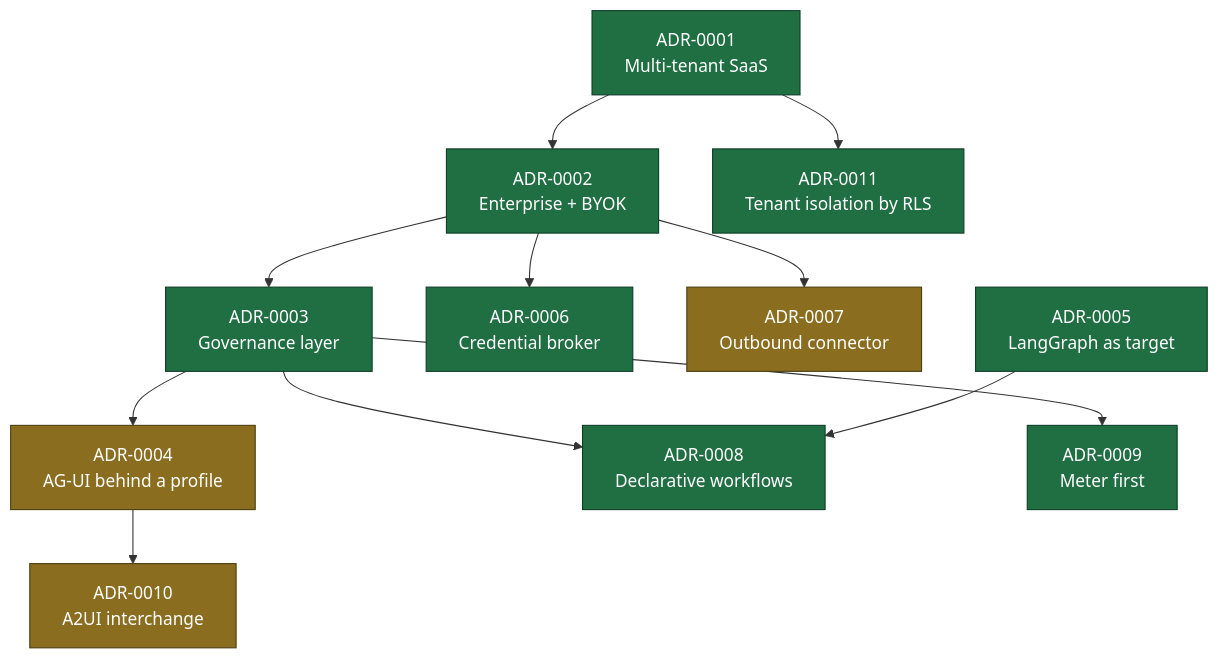
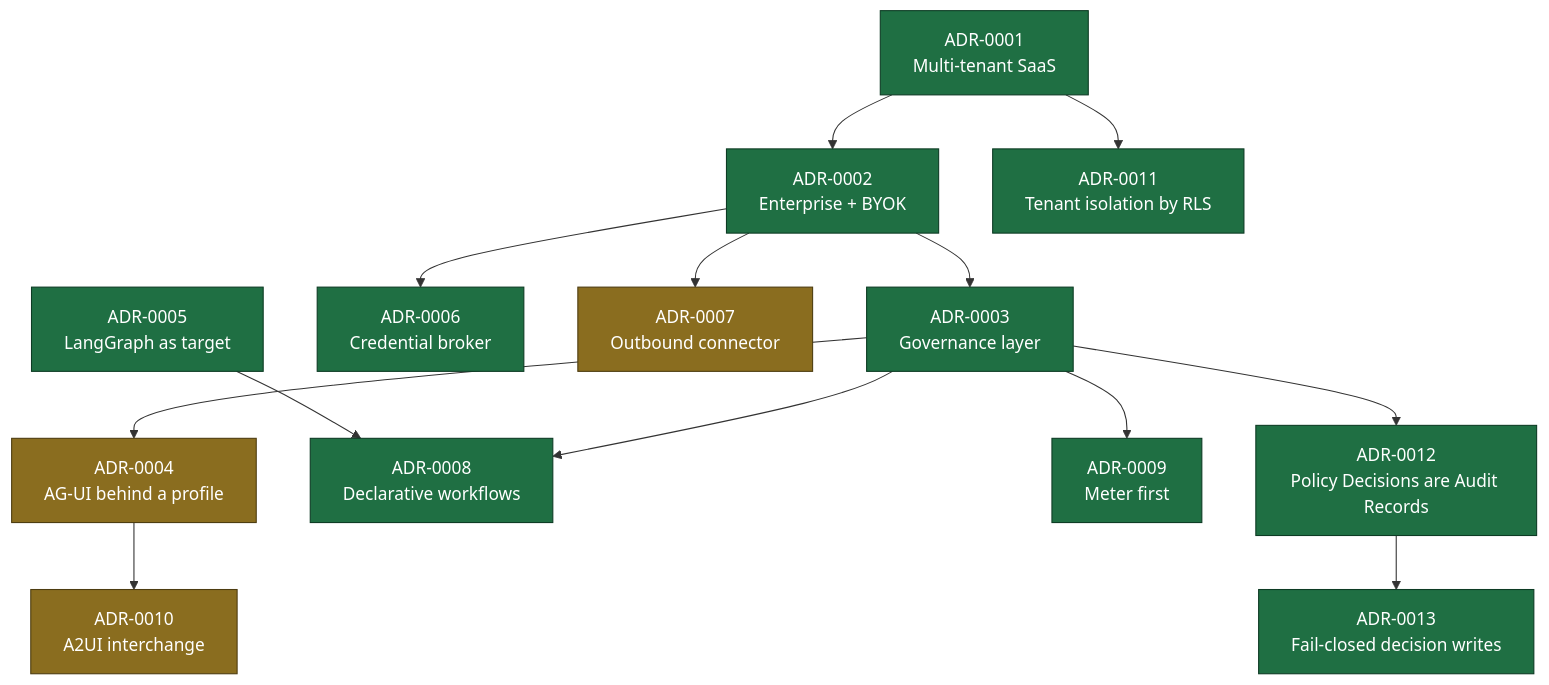
The diagram in docs/adr/README.md (ayesigapaul/orchestra), drawn with Mermaid before and after one commit. The commit also changed other lines of this file and 17 other files, not shown here.

````diff
--- a/docs/adr/README.md
+++ b/docs/adr/README.md
@@ -44,18 +46,20 @@
 ```mermaid
 flowchart TD
   A1["ADR-0001<br/>Multi-tenant SaaS"] --> A2["ADR-0002<br/>Enterprise + BYOK"]
   A2 --> A3["ADR-0003<br/>Governance layer"]
   A2 --> A6["ADR-0006<br/>Credential broker"]
   A2 --> A7["ADR-0007<br/>Outbound connector"]
   A3 --> A4["ADR-0004<br/>AG-UI behind a profile"]
   A3 --> A8["ADR-0008<br/>Declarative workflows"]
   A3 --> A9["ADR-0009<br/>Meter first"]
   A5["ADR-0005<br/>LangGraph as target"] --> A8
   A4 --> A10["ADR-0010<br/>A2UI interchange"]
   A1 --> A11["ADR-0011<br/>Tenant isolation by RLS"]
+  A3 --> A12["ADR-0012<br/>Policy Decisions are Audit Records"]
+  A12 --> A13["ADR-0013<br/>Fail-closed decision writes"]
 
   classDef accepted fill:#1f6f43,stroke:#0d3b24,color:#fff;
   classDef proposed fill:#8a6d1f,stroke:#4d3c10,color:#fff;
-  class A1,A2,A3,A5,A6,A8,A9,A11 accepted;
+  class A1,A2,A3,A5,A6,A8,A9,A11,A12,A13 accepted;
   class A4,A7,A10 proposed;
 ```
````
